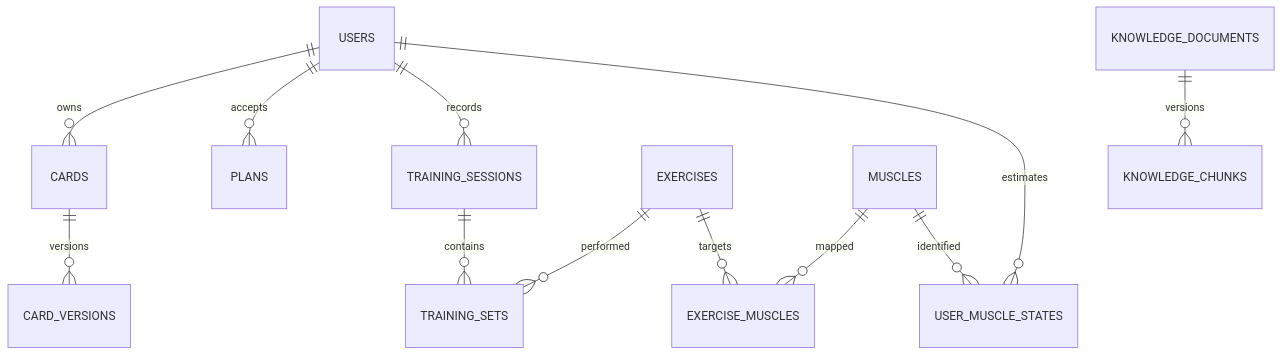
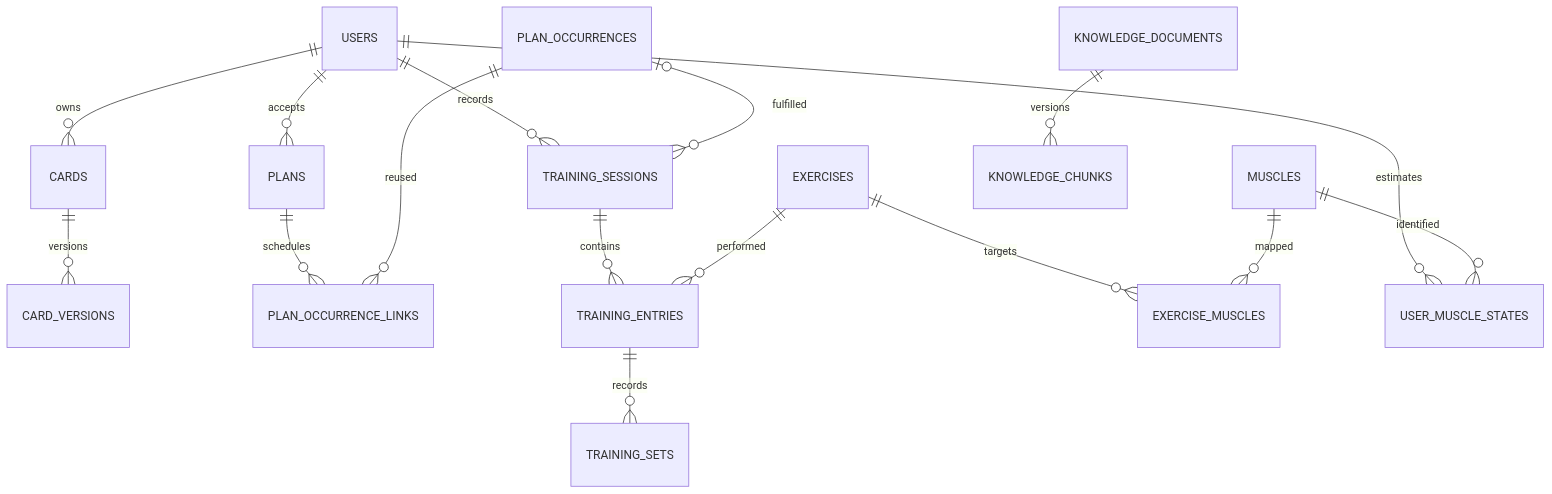
The diagram in docs/06-数据模型与数据治理.md (mengyu-96/FitMind), drawn with Mermaid before and after one commit. The commit also changed other lines of this file and 18 other files, not shown here.

````diff
--- a/docs/06-数据模型与数据治理.md
+++ b/docs/06-数据模型与数据治理.md
@@ -52,14 +59,18 @@
 ```mermaid
 erDiagram
   USERS ||--o{ CARDS : owns
   CARDS ||--o{ CARD_VERSIONS : versions
   USERS ||--o{ PLANS : accepts
   USERS ||--o{ TRAINING_SESSIONS : records
-  TRAINING_SESSIONS ||--o{ TRAINING_SETS : contains
-  EXERCISES ||--o{ TRAINING_SETS : performed
+  PLANS ||--o{ PLAN_OCCURRENCE_LINKS : schedules
+  PLAN_OCCURRENCES ||--o{ PLAN_OCCURRENCE_LINKS : reused
+  PLAN_OCCURRENCES |o--o{ TRAINING_SESSIONS : fulfilled
+  TRAINING_SESSIONS ||--o{ TRAINING_ENTRIES : contains
+  TRAINING_ENTRIES ||--o{ TRAINING_SETS : records
+  EXERCISES ||--o{ TRAINING_ENTRIES : performed
   EXERCISES ||--o{ EXERCISE_MUSCLES : targets
   MUSCLES ||--o{ EXERCISE_MUSCLES : mapped
   USERS ||--o{ USER_MUSCLE_STATES : estimates
   MUSCLES ||--o{ USER_MUSCLE_STATES : identified
   KNOWLEDGE_DOCUMENTS ||--o{ KNOWLEDGE_CHUNKS : versions
 ```
````
